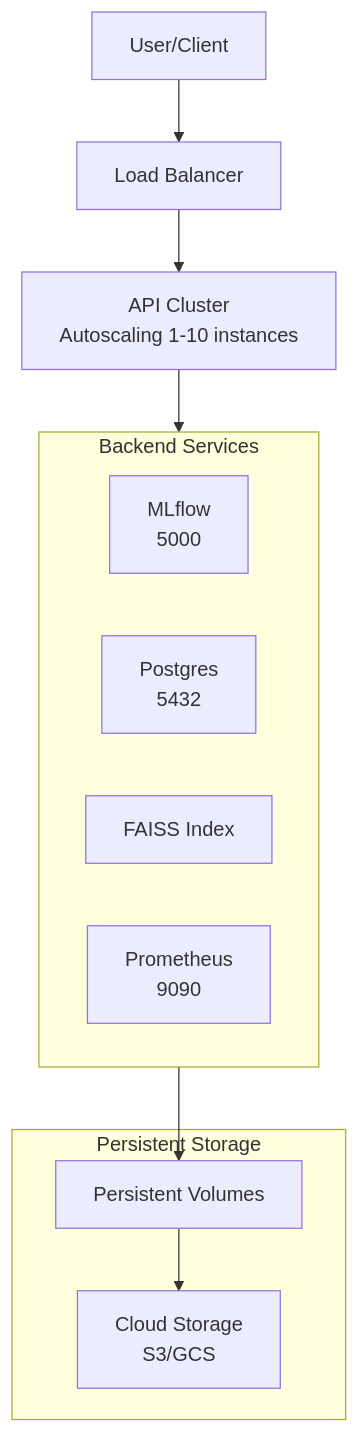
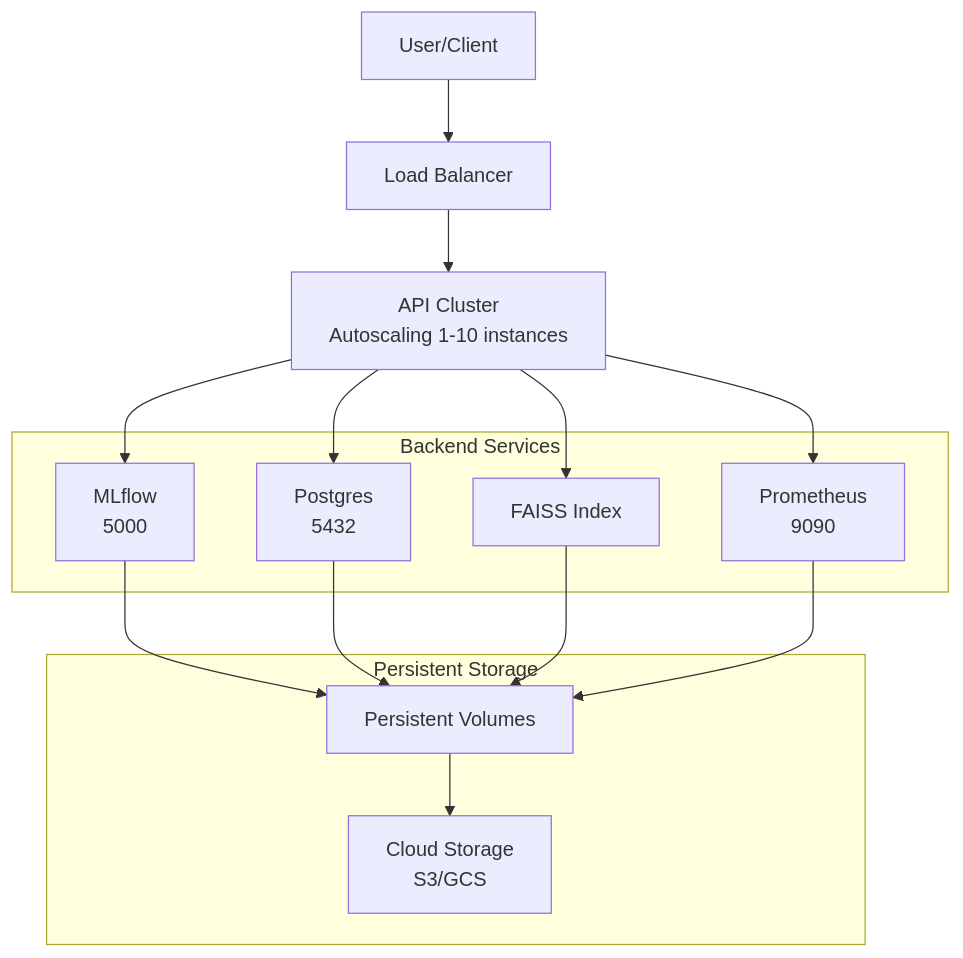
The third of 3 diagrams in docs/FINAL_REPORT.md (somesh-ghaturle/Agentic-Early-Warning-Intelligence-System-for-Silent-System-Failures), drawn with Mermaid before and after one commit. The commit also changed other lines of this file and 3 other files, not shown here.

````diff
--- a/docs/FINAL_REPORT.md
+++ b/docs/FINAL_REPORT.md
@@ -225,21 +226,22 @@
 ```mermaid
 flowchart TD
     User[User/Client] --> LB[Load Balancer]
     LB --> API[API Cluster<br/>Autoscaling 1-10 instances]
     
     subgraph SERVICES [Backend Services]
         MLflow[MLflow<br/>5000]
         PG[Postgres<br/>5432]
         FAISS[FAISS Index]
         Prom[Prometheus<br/>9090]
     end
     
-    API --> SERVICES
+    API --> MLflow & PG & FAISS & Prom
     
     subgraph STORAGE [Persistent Storage]
         PV[Persistent Volumes]
         Cloud[Cloud Storage<br/>S3/GCS]
     end
     
-    SERVICES --> PV --> Cloud
+    MLflow & PG & FAISS & Prom --> PV
+    PV --> Cloud
 ```
````
